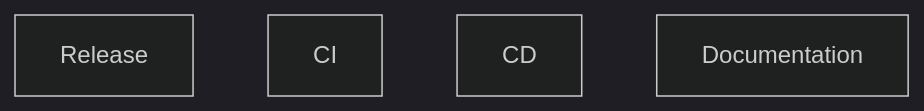
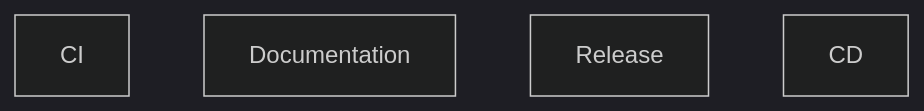
Before and after one commit to zepfu/llama-gguf-inference: the seventh of 8 diagrams in docs/auto/ARCHITECTURE_AUTO.md, drawn with Mermaid (dark theme). The commit also changed other lines of this file and 2 other files, not shown here.

Commit message:
docs: auto-update documentation [skip ci]

````diff
--- a/docs/auto/ARCHITECTURE_AUTO.md
+++ b/docs/auto/ARCHITECTURE_AUTO.md
@@ -208,7 +210,7 @@
 ```mermaid
 graph TD
+    ci[CI]
+    docs[Documentation]
     release[Release]
-    ci[CI]
     cd[CD]
-    docs[Documentation]
 ```
````
